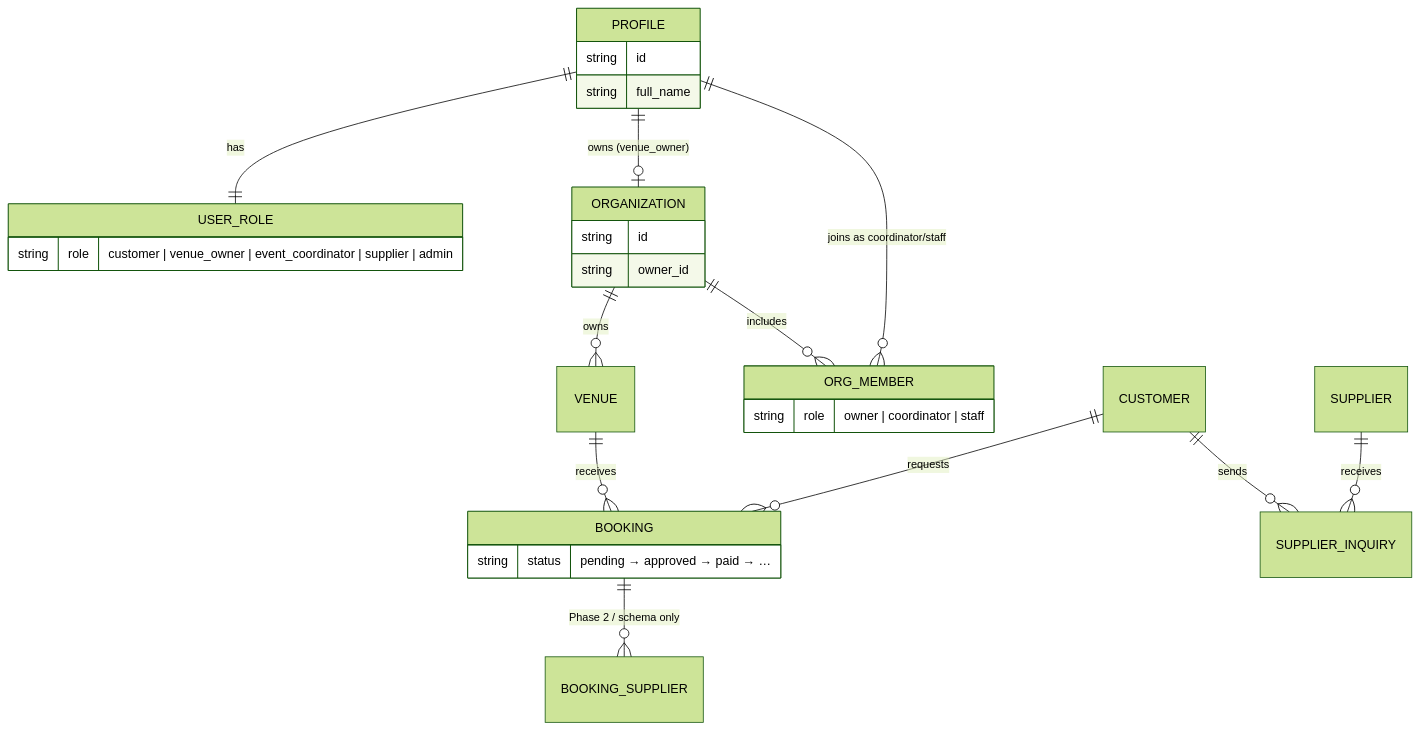
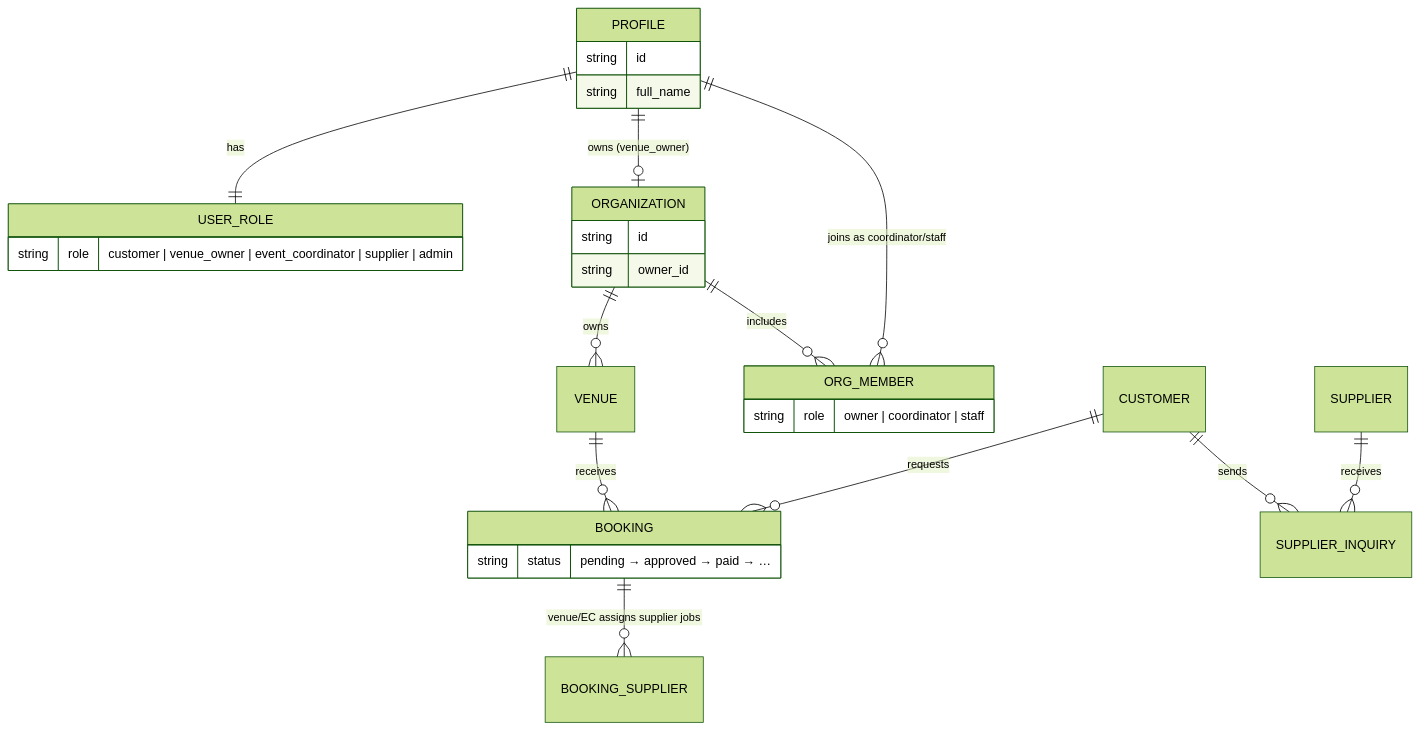
One commit to Jassim3nidad/venora changed the second of 5 diagrams in docs/design/marketplace-relationships-user-flow.md. Above: the diagram before and after it, drawn with Mermaid (forest theme). The commit also changed other lines of this file, not shown here.

Commit message:
docs(design): align supplier relationships

````diff
--- a/docs/design/marketplace-relationships-user-flow.md
+++ b/docs/design/marketplace-relationships-user-flow.md
@@ -82,31 +82,31 @@
 ```mermaid
 erDiagram
   PROFILE ||--|| USER_ROLE : has
   ORGANIZATION ||--o{ VENUE : owns
   ORGANIZATION ||--o{ ORG_MEMBER : includes
   PROFILE ||--o| ORGANIZATION : "owns (venue_owner)"
   PROFILE ||--o{ ORG_MEMBER : "joins as coordinator/staff"
   CUSTOMER ||--o{ BOOKING : requests
   VENUE ||--o{ BOOKING : receives
   CUSTOMER ||--o{ SUPPLIER_INQUIRY : sends
   SUPPLIER ||--o{ SUPPLIER_INQUIRY : receives
-  BOOKING ||--o{ BOOKING_SUPPLIER : "Phase 2 / schema only"
+  BOOKING ||--o{ BOOKING_SUPPLIER : "venue/EC assigns supplier jobs"
 
   PROFILE {
     string id
     string full_name
   }
   USER_ROLE {
     string role "customer | venue_owner | event_coordinator | supplier | admin"
   }
   ORGANIZATION {
     string id
     string owner_id
   }
   ORG_MEMBER {
     string role "owner | coordinator | staff"
   }
   BOOKING {
     string status "pending → approved → paid → …"
   }
 ```
````
